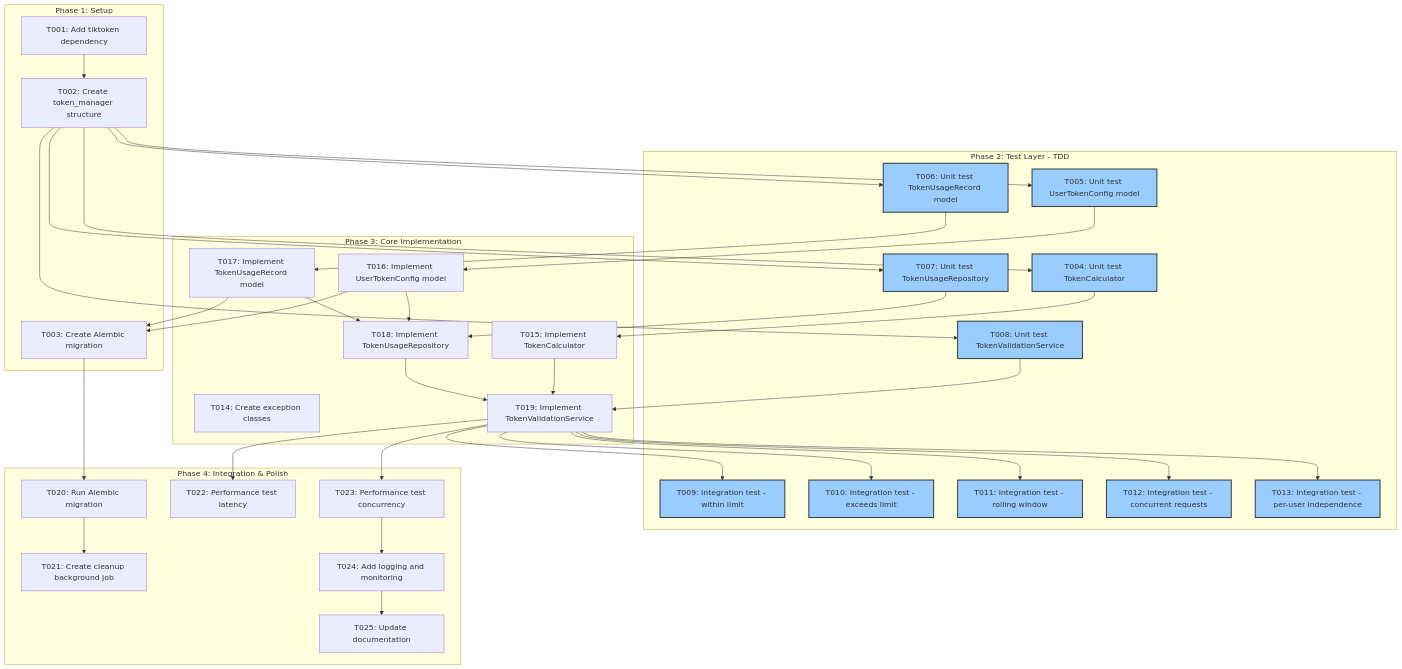
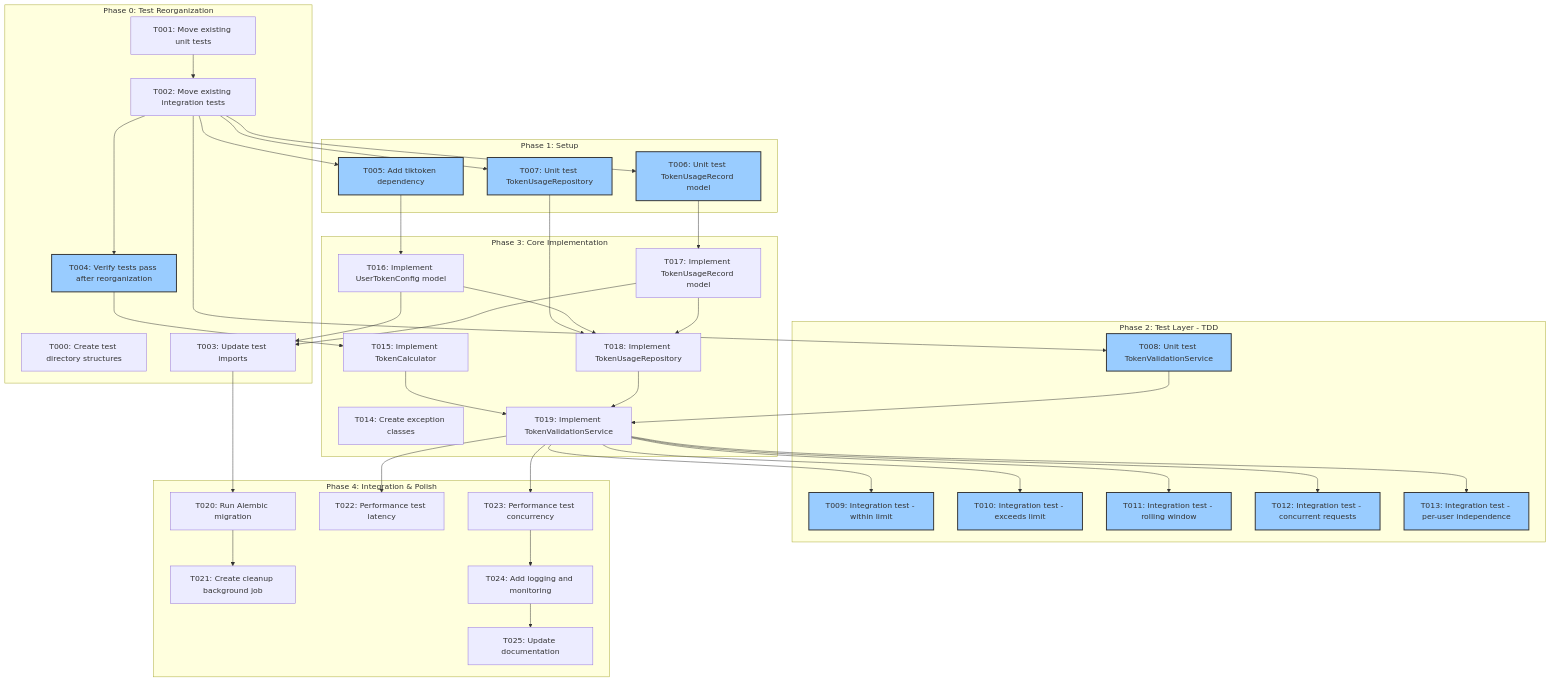
The diagram in specs/012-token-counting/tasks.md (alinabuzachis/syntara), drawn with Mermaid before and after one commit. The commit also changed other lines of this file and 31 other files, not shown here.

````diff
--- a/specs/012-token-counting/tasks.md
+++ b/specs/012-token-counting/tasks.md
@@ -40,14 +40,22 @@
 ```mermaid
 graph TB
+    subgraph "Phase 0: Test Reorganization"
+        T000[T000: Create test directory structures]
+        T001[T001: Move existing unit tests]
+        T002[T002: Move existing integration tests]
+        T003[T003: Update test imports]
+        T004[T004: Verify tests pass after reorganization]
+    end
+
     subgraph "Phase 1: Setup"
-        T001[T001: Add tiktoken dependency]
-        T002[T002: Create token_manager structure]
-        T003[T003: Create Alembic migration]
+        T005[T005: Add tiktoken dependency]
+        T006[T006: Create token_manager structure]
+        T007[T007: Create Alembic migration]
     end
 
     subgraph "Phase 2: Test Layer - TDD"
-        T004[T004: Unit test TokenCalculator]
-        T005[T005: Unit test UserTokenConfig model]
+        T008[T008: Unit test TokenCalculator]
+        T009[T009: Unit test UserTokenConfig model]
         T006[T006: Unit test TokenUsageRecord model]
         T007[T007: Unit test TokenUsageRepository]
         T008[T008: Unit test TokenValidationService]
````
